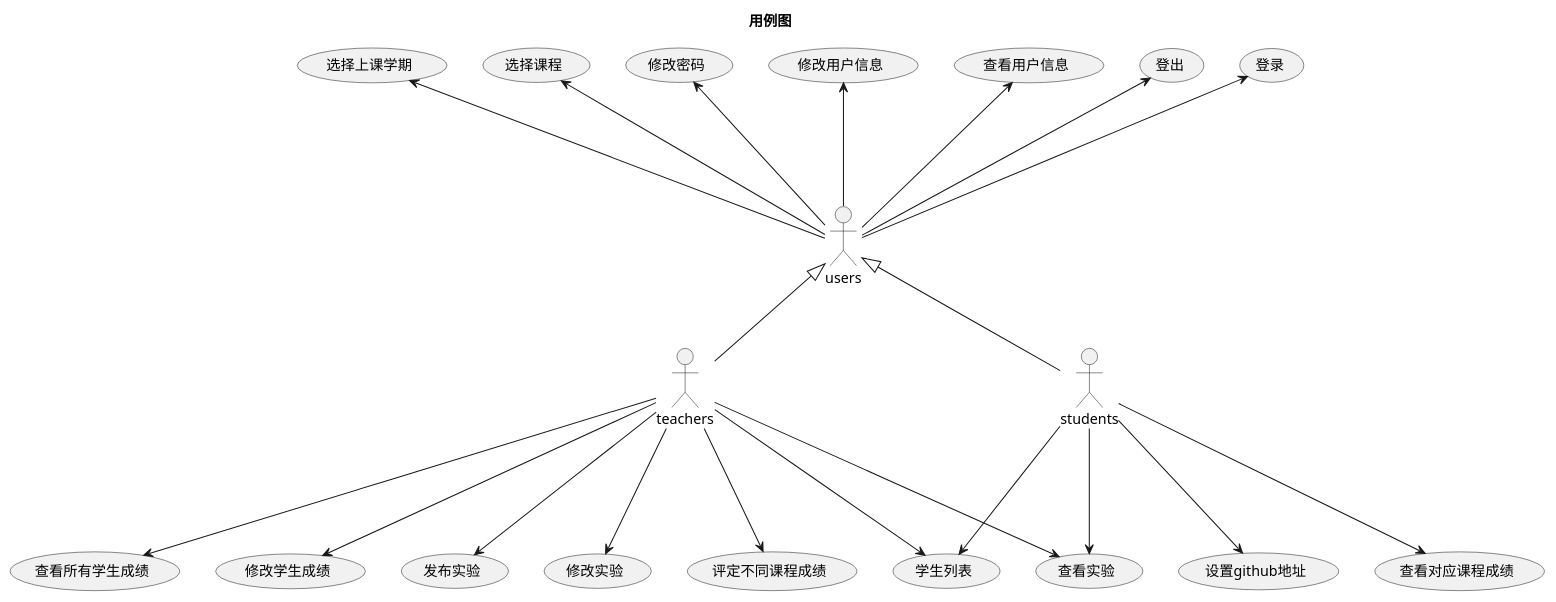
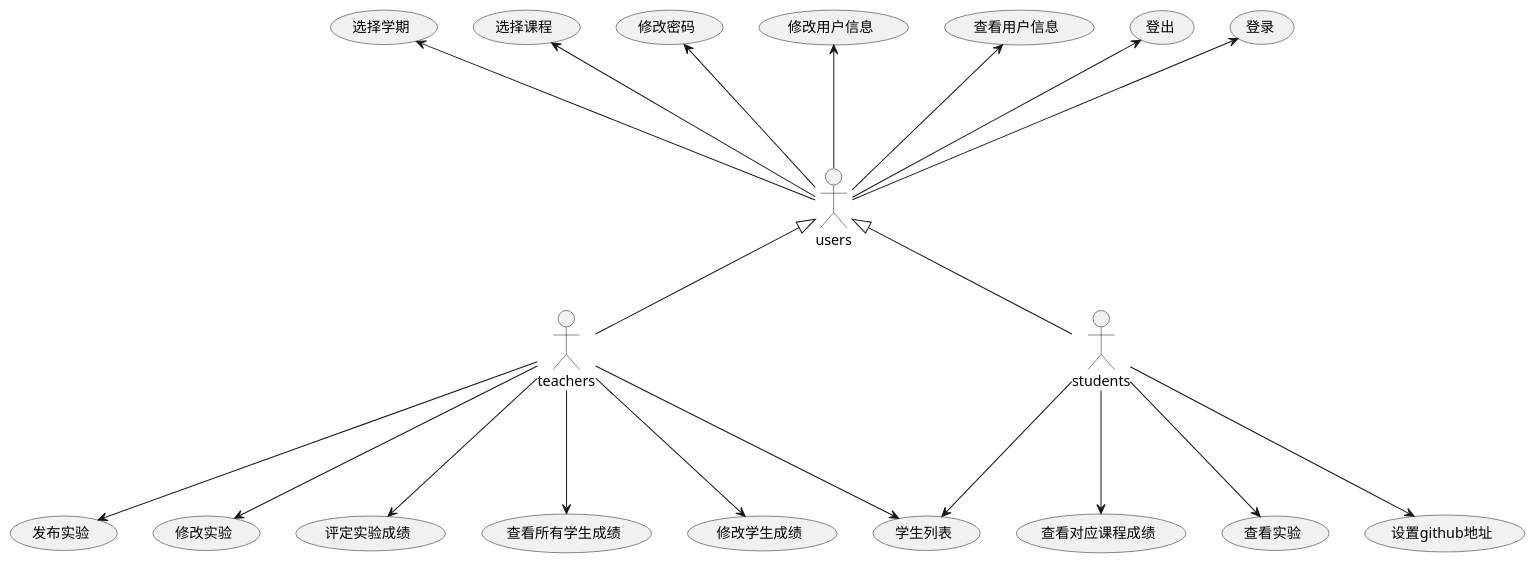
The diagram in test6/code/用例图.wsd (ZXB12138/hello-world), drawn with PlantUML before and after one commit.

```diff
--- a/test6/code/用例图.wsd
+++ b/test6/code/用例图.wsd
@@ -1,28 +1,25 @@
 @startuml
-title 用例图
 actor teachers
 actor students
 actor users
 users <|-- teachers
 users <|-- students
 
 teachers ---> (发布实验)
 teachers ---> (修改实验)
-teachers ---> (评定不同课程成绩)
-teachers ---> (查看实验)
+teachers ---> (评定实验成绩)
 teachers ---> (查看所有学生成绩)
 teachers ---> (修改学生成绩)
 teachers ---> (学生列表)
 students ---> (学生列表)
 students ---> (查看对应课程成绩)
 students ---> (查看实验)
 students ---> (设置github地址)
-
 users --up-> (登录)
 users --up-> (登出)
 users --up-> (查看用户信息)
 users --up-> (修改用户信息)
 users --up-> (修改密码)
 users --up-> (选择课程)
-users --up-> (选择上课学期)
+users --up-> (选择学期)
 @enduml
```
